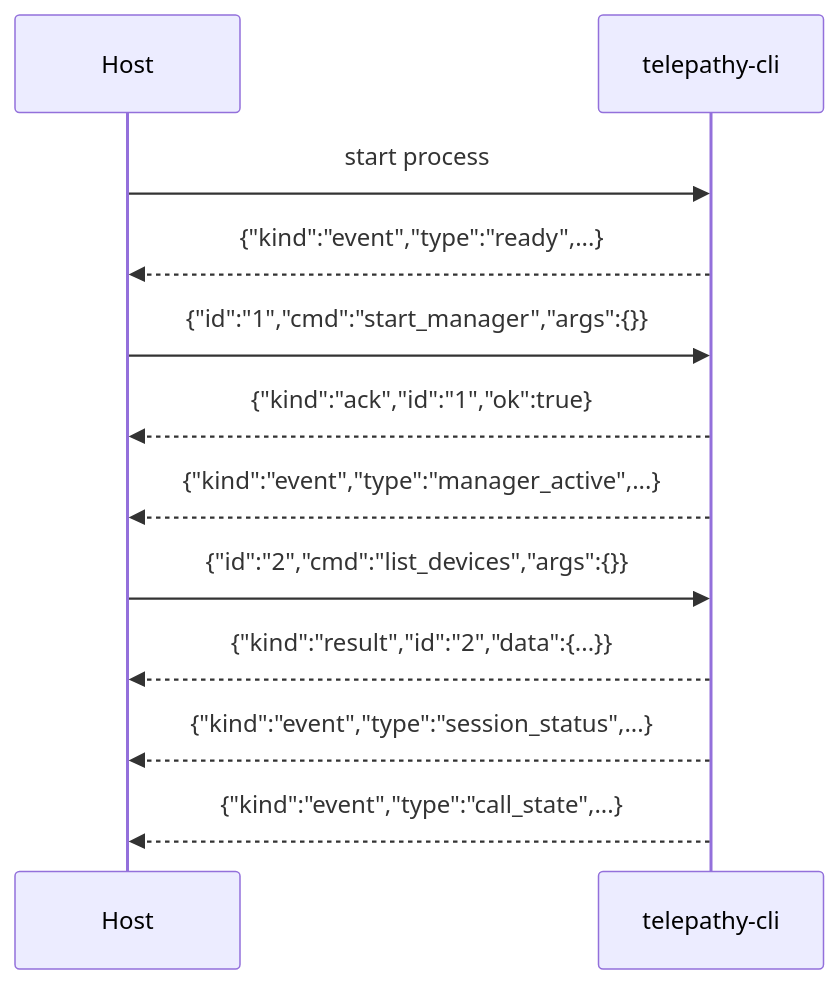
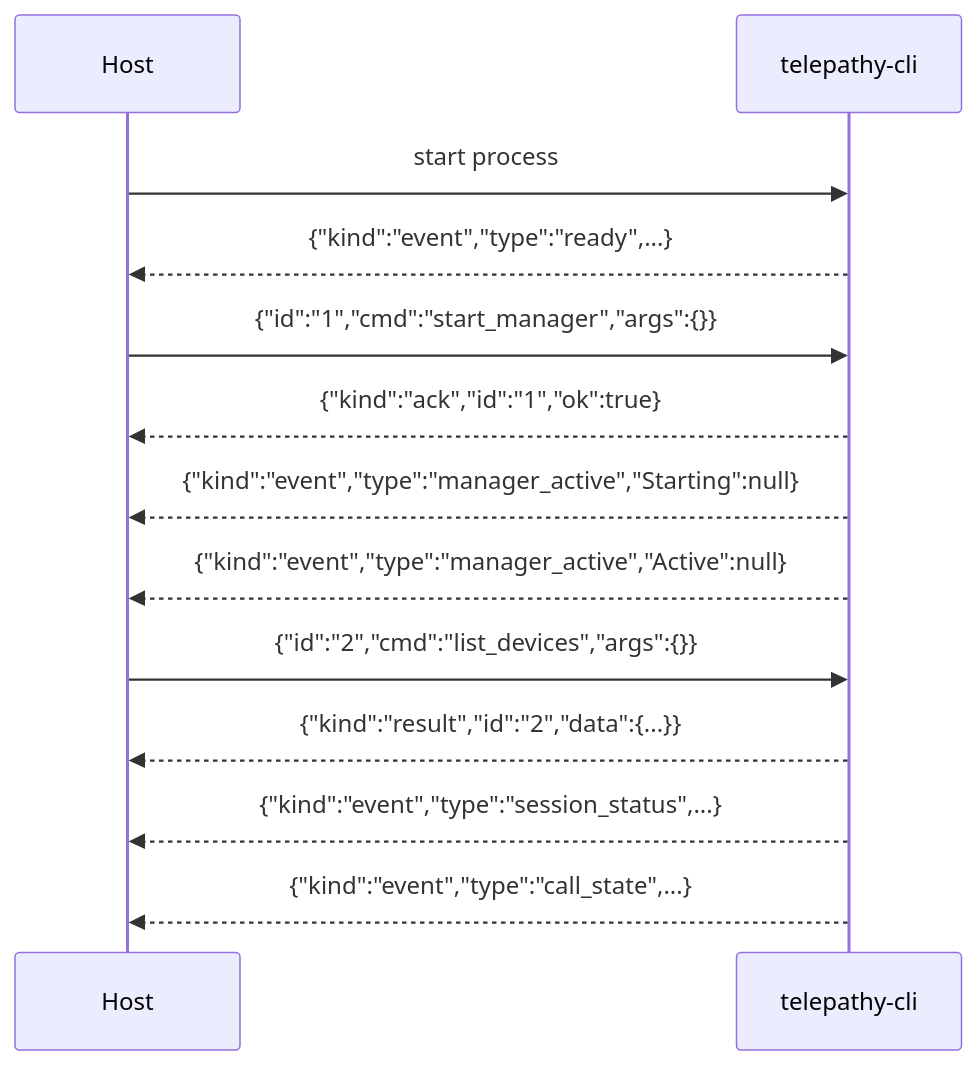
Before and after one commit to chanderlud/telepathy: the diagram in docs/CLI.md, drawn with Mermaid. The commit also changed other lines of this file and 27 other files, not shown here.

````diff
--- a/docs/CLI.md
+++ b/docs/CLI.md
@@ -213,18 +230,19 @@
 ```mermaid
 sequenceDiagram
     participant Host
     participant CLI as telepathy-cli
 
     Host->>CLI: start process
     CLI-->>Host: {"kind":"event","type":"ready",...}
 
     Host->>CLI: {"id":"1","cmd":"start_manager","args":{}}
     CLI-->>Host: {"kind":"ack","id":"1","ok":true}
-    CLI-->>Host: {"kind":"event","type":"manager_active",...}
+    CLI-->>Host: {"kind":"event","type":"manager_active","Starting":null}
+    CLI-->>Host: {"kind":"event","type":"manager_active","Active":null}
 
     Host->>CLI: {"id":"2","cmd":"list_devices","args":{}}
     CLI-->>Host: {"kind":"result","id":"2","data":{...}}
 
     CLI-->>Host: {"kind":"event","type":"session_status",...}
     CLI-->>Host: {"kind":"event","type":"call_state",...}
 ```
````
